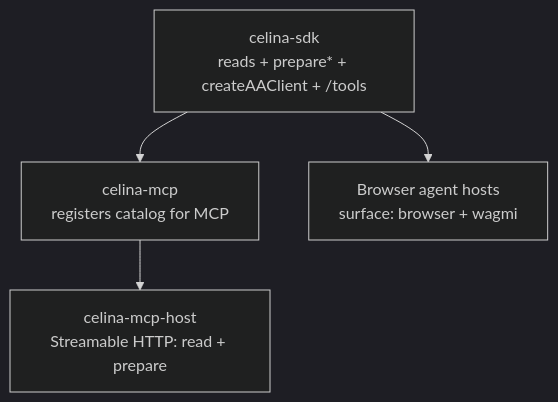
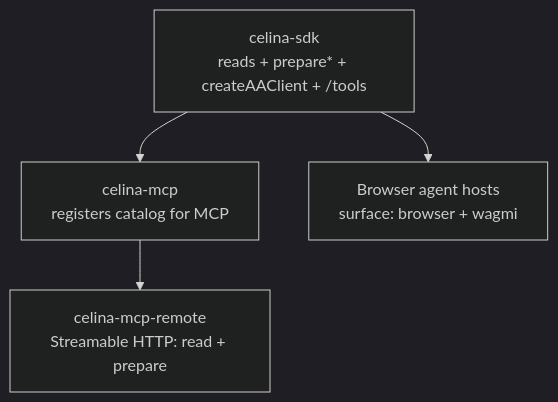
Before and after one commit to andrewkimjoseph/celina-sdk: the diagram in docs/README.md, drawn with Mermaid (dark theme). The commit also changed other lines of this file and 2 other files, not shown here.

Commit message:
docs: rename celina-mcp-host references to celina-mcp-remote

````diff
--- a/docs/README.md
+++ b/docs/README.md
@@ -15,11 +15,11 @@
 ```mermaid
 flowchart TB
   sdk["celina-sdk<br/>reads + prepare* + createAAClient + /tools"]
   mcp["celina-mcp<br/>registers catalog for MCP"]
-  host["celina-mcp-host<br/>Streamable HTTP: read + prepare"]
+  host["celina-mcp-remote<br/>Streamable HTTP: read + prepare"]
   browser["Browser agent hosts<br/>surface: browser + wagmi"]
 
   sdk --> mcp
   mcp --> host
   sdk --> browser
 ```
````
